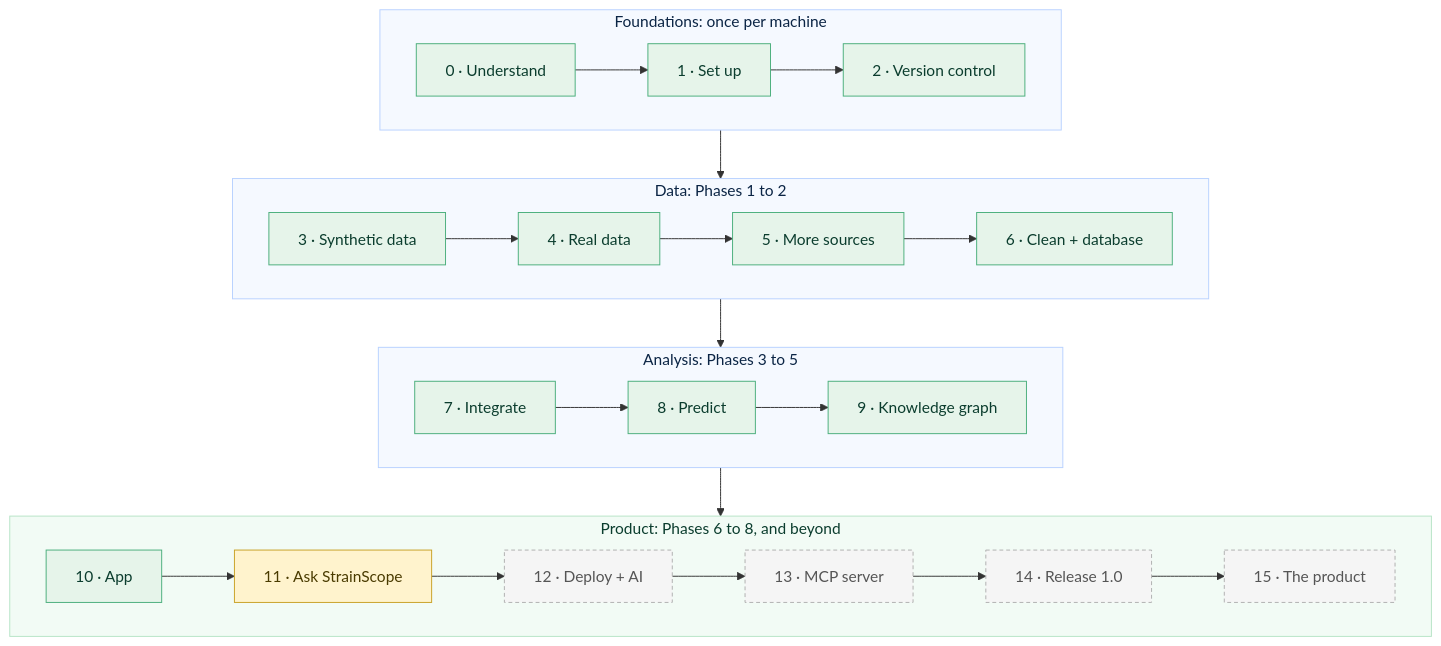
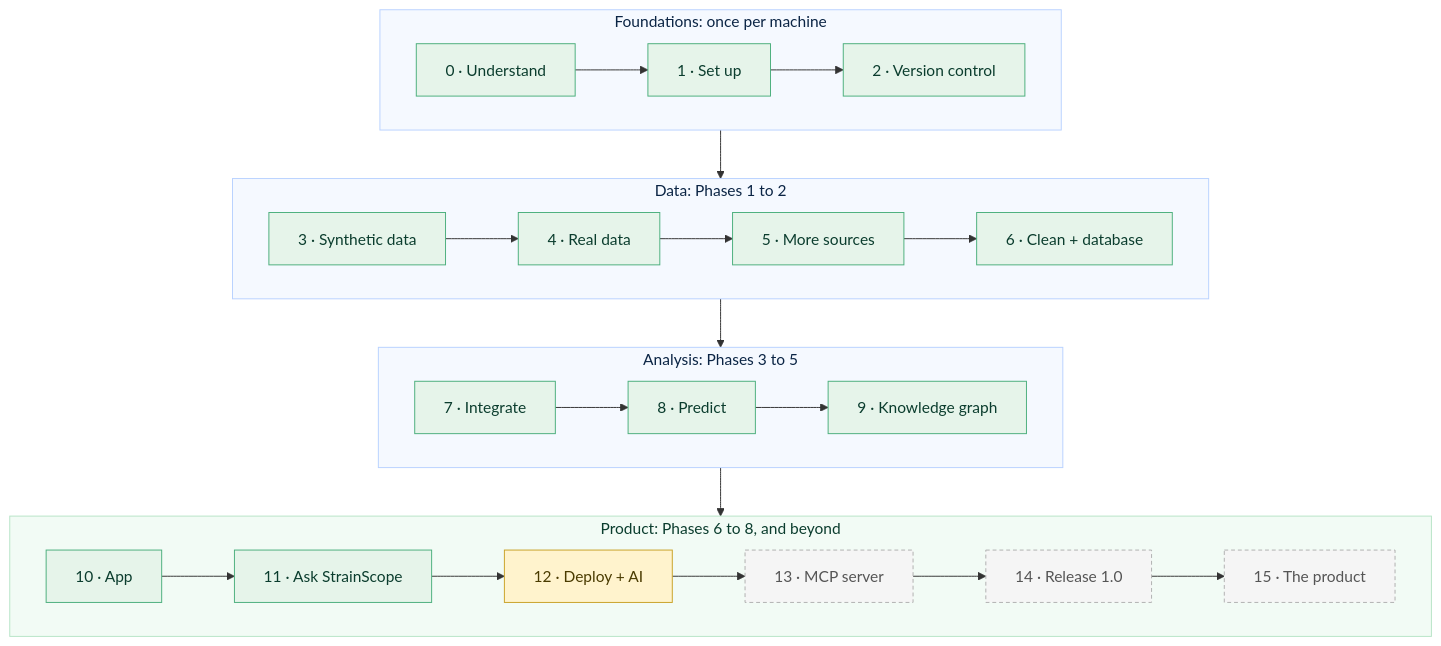
The first of 3 diagrams in docs/HANDBOOK.md (akannan2987/strainscope), drawn with Mermaid before and after one commit. The commit also changed other lines of this file and 42 other files, not shown here.

````diff
--- a/docs/HANDBOOK.md
+++ b/docs/HANDBOOK.md
@@ -42,31 +42,31 @@
 ```mermaid
 flowchart TB
     subgraph FOUND["Foundations: once per machine"]
         direction LR
         S0["0 · Understand"] --> S1["1 · Set up"] --> S2["2 · Version control"]
     end
     subgraph DATA["Data: Phases 1 to 2"]
         direction LR
         S3["3 · Synthetic data"] --> S4["4 · Real data"] --> S5["5 · More sources"] --> S6["6 · Clean + database"]
     end
     subgraph ANALYSIS["Analysis: Phases 3 to 5"]
         direction LR
         S7["7 · Integrate"] --> S8["8 · Predict"] --> S9["9 · Knowledge graph"]
     end
     subgraph PRODUCT["Product: Phases 6 to 8, and beyond"]
         direction LR
         S10["10 · App"] --> S11["11 · Ask StrainScope"] --> S12["12 · Deploy + AI"] --> S13["13 · MCP server"] --> S14["14 · Release 1.0"] --> S15["15 · The product"]
     end
     FOUND --> DATA --> ANALYSIS --> PRODUCT
 
     classDef done fill:#E6F4EA,stroke:#4CAF7D,color:#0B3D2E;
     classDef next fill:#FFF3CD,stroke:#C9A227,color:#4A3B00;
     classDef later fill:#F5F5F5,stroke:#B0B0B0,color:#555555,stroke-dasharray:4 3;
-    class S0,S1,S2,S3,S4,S5,S6,S7,S8,S9,S10 done
-    class S11 next
-    class S12,S13,S14,S15 later
+    class S0,S1,S2,S3,S4,S5,S6,S7,S8,S9,S10,S11 done
+    class S12 next
+    class S13,S14,S15 later
     style FOUND fill:#F5F9FF,stroke:#B9D2FF,color:#0B2545
     style DATA fill:#F5F9FF,stroke:#B9D2FF,color:#0B2545
     style ANALYSIS fill:#F5F9FF,stroke:#B9D2FF,color:#0B2545
     style PRODUCT fill:#F2FBF5,stroke:#B7E4C7,color:#0B3D2E
 ```
````
